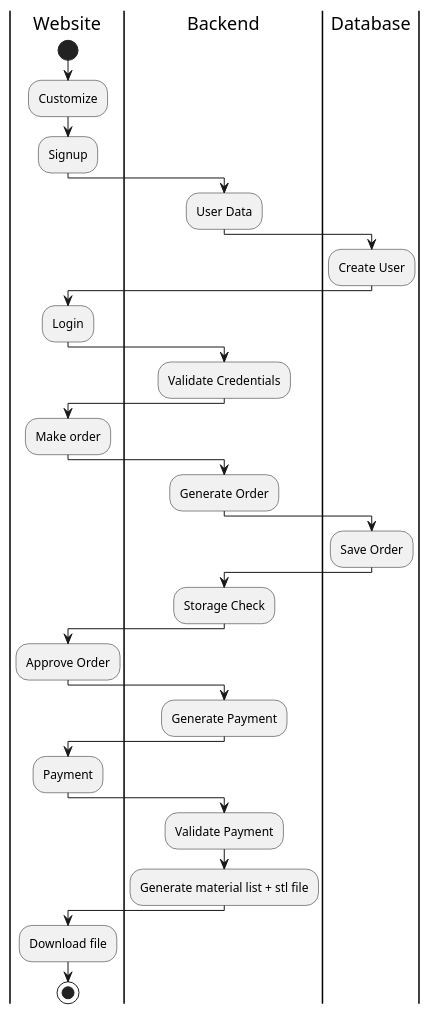
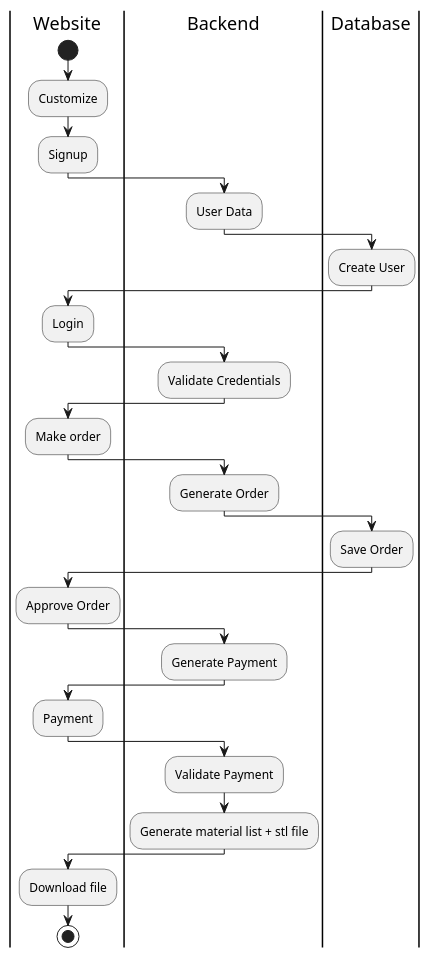
One commit to HeinLarsen/fog-carport changed the diagram in documentation/AktivitetsDiagram.puml. Above: the diagram before and after it, drawn with PlantUML.

Commit message:
Done med AktivitetsDiagram
I think. Skal lige lave en pull request.

```diff
--- a/documentation/AktivitetsDiagram.puml
+++ b/documentation/AktivitetsDiagram.puml
@@ -1,39 +1,37 @@
 @startuml
 'https://plantuml.com/activity-diagram-beta
 
 |Website|
 start
 :Customize;
 :Signup;
 |Backend|
 :User Data;
 |Backend|
 |Database|
 :Create User;
 |Website|
 :Login;
 |Backend|
 :Validate Credentials;
 |Website|
 :Make order;
 |Backend|
 :Generate Order;
 |Database|
 :Save Order;
-|Backend|
-:Storage Check;
 |Website|
 :Approve Order;
 |Backend|
 :Generate Payment;
 |Website|
 :Payment;
 |Backend|
 :Validate Payment;
 |Backend|
 :Generate material list + stl file;
 |Website|
 :Download file;
 stop
 
 @enduml
```
